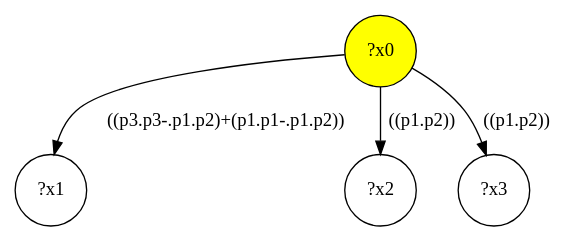
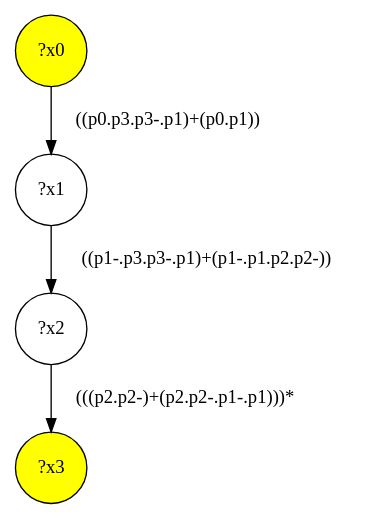
The diagram in src/queryinterface/interface-queries/query-42.dot (gbagan/gmark), drawn with Graphviz before and after one commit. The commit also changed 154 other files, not shown here.

```diff
--- a/src/queryinterface/interface-queries/query-42.dot
+++ b/src/queryinterface/interface-queries/query-42.dot
@@ -1,9 +1,9 @@
 digraph g {
 	x0 [fillcolor="yellow", style="filled," shape=circle, label="?x0"];
+	x3 [fillcolor="yellow", style="filled," shape=circle, label="?x3"];
 	x1 [shape=circle, label="?x1"];
-	x0 -> x1 [label="((p3.p3-.p1.p2)+(p1.p1-.p1.p2))"];
+	x0 -> x1 [label="((p0.p3.p3-.p1)+(p0.p1))"];
 	x2 [shape=circle, label="?x2"];
-	x0 -> x2 [label="((p1.p2))"];
-	x3 [shape=circle, label="?x3"];
-	x0 -> x3 [label="((p1.p2))"];
+	x1 -> x2 [label="((p1-.p3.p3-.p1)+(p1-.p1.p2.p2-))"];
+	x2 -> x3 [label="(((p2.p2-)+(p2.p2-.p1-.p1)))*"];
 }
```
